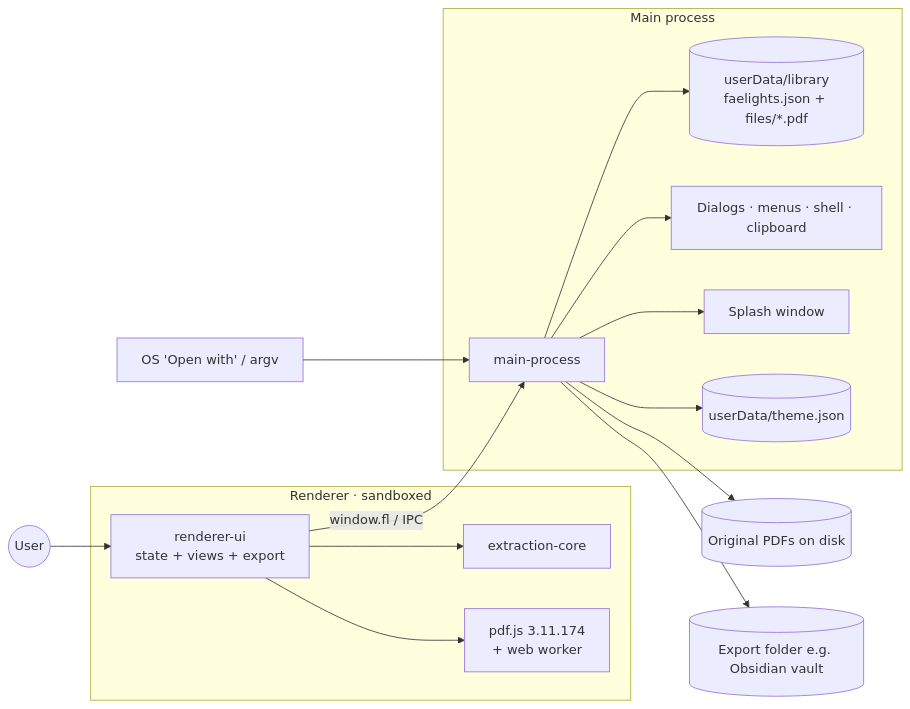
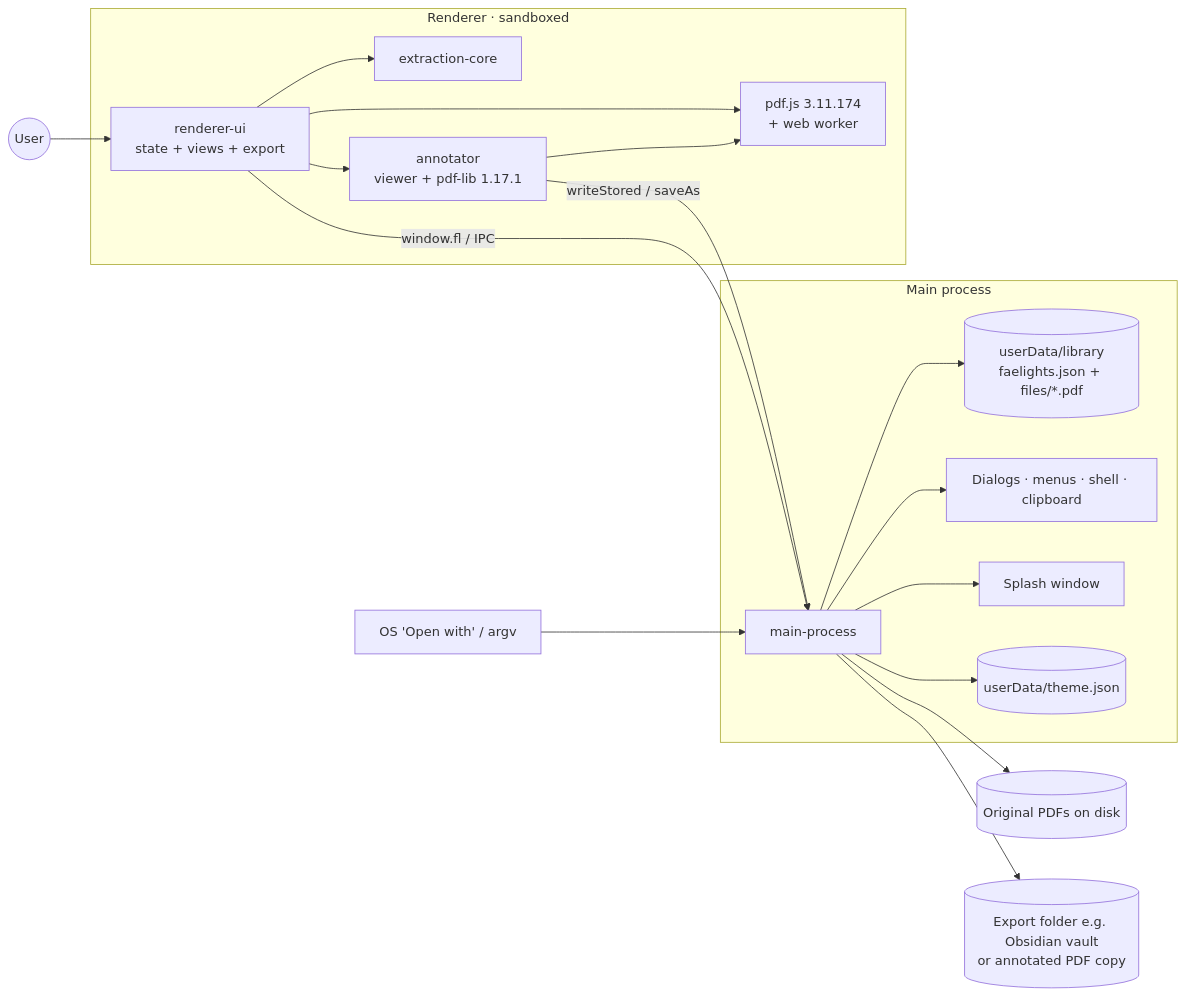
The diagram in docs/PROJECT_COMPASS.md (Lefarious/Faelights), drawn with Mermaid before and after one commit. The commit also changed other lines of this file and 7 other files, not shown here.

Commit message:
docs: sync atlas and log F-007 PDF annotator in project compass

````diff
--- a/docs/PROJECT_COMPASS.md
+++ b/docs/PROJECT_COMPASS.md
@@ -23,18 +23,21 @@
 ```mermaid
 flowchart LR
   user((User)) --> UI
   subgraph Renderer [Renderer · sandboxed]
     UI[renderer-ui<br/>state + views + export] --> CORE[extraction-core]
     UI --> PDFJS[pdf.js 3.11.174<br/>+ web worker]
+    UI --> ANN[annotator<br/>viewer + pdf-lib 1.17.1]
+    ANN --> PDFJS
   end
+  ANN -- writeStored / saveAs --> MAIN
   UI -- window.fl / IPC --> MAIN
   subgraph Main [Main process]
     MAIN[main-process] --> FS[(userData/library<br/>faelights.json + files/*.pdf)]
     MAIN --> OS[Dialogs · menus · shell · clipboard]
     MAIN --> SPLASH[Splash window]
     MAIN --> THEME[(userData/theme.json)]
   end
   OSOPEN[OS 'Open with' / argv] --> MAIN
   MAIN --> SRC[(Original PDFs on disk)]
-  MAIN --> EXPORT[(Export folder e.g. Obsidian vault)]
+  MAIN --> EXPORT[(Export folder e.g. Obsidian vault<br/>or annotated PDF copy)]
 ```
````
